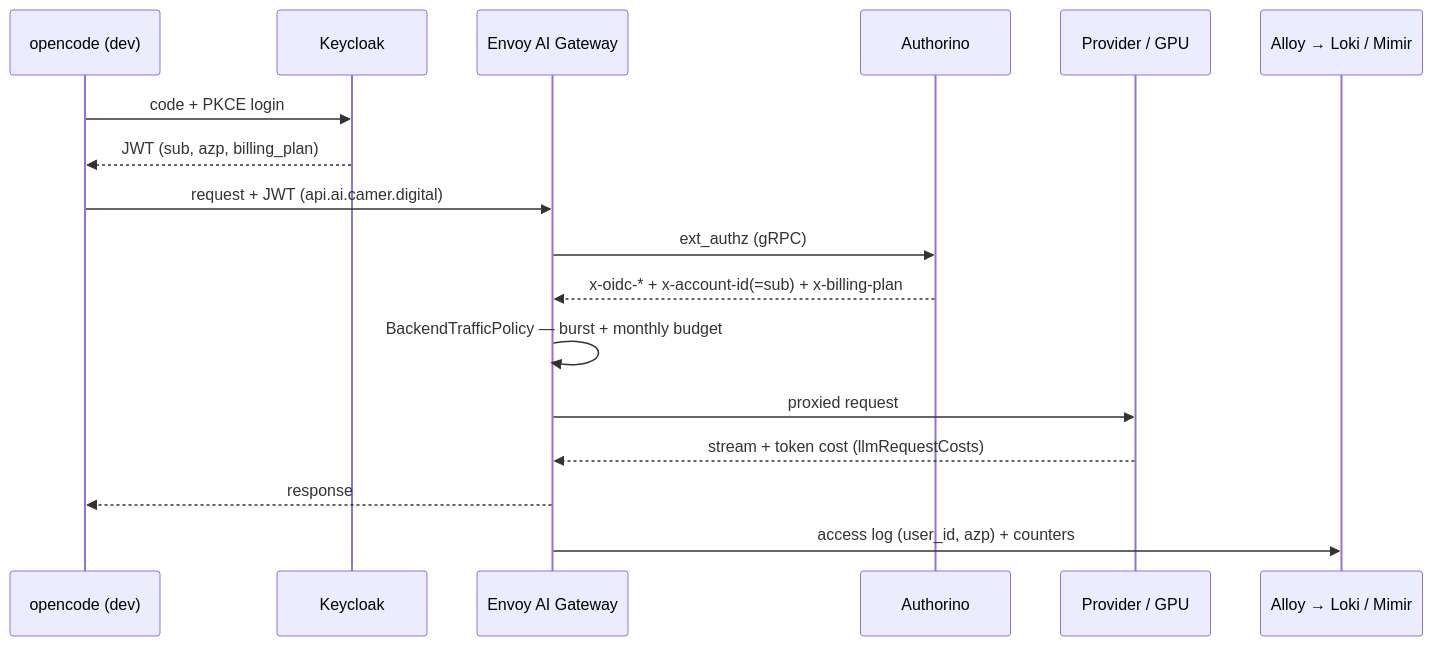
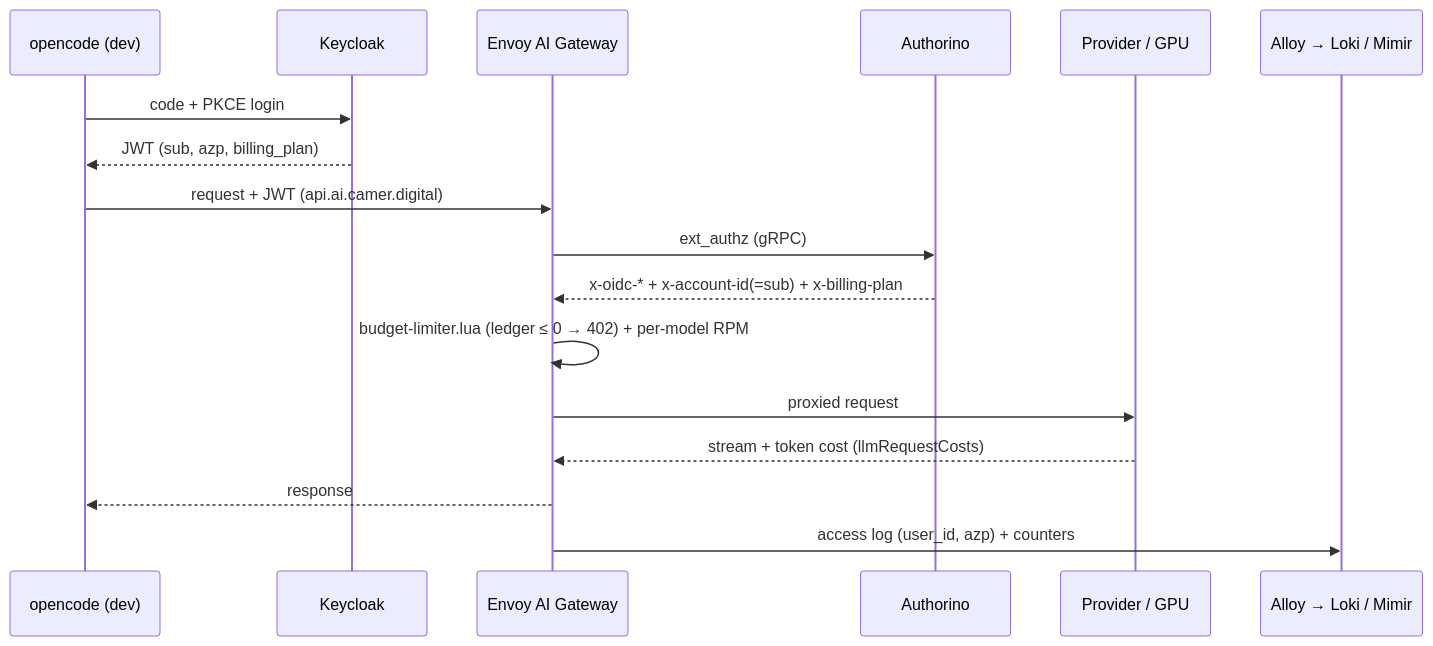
One commit to ADORSYS-GIS/ai-helm changed the fifth of 10 diagrams in docs/arc42.md. Above: the diagram before and after it, drawn with Mermaid. The commit also changed other lines of this file and 8 other files, not shown here.

````diff
--- a/docs/arc42.md
+++ b/docs/arc42.md
@@ -256,19 +256,19 @@
 ```mermaid
 sequenceDiagram
     participant C as opencode (dev)
     participant K as Keycloak
     participant G as Envoy AI Gateway
     participant A as Authorino
     participant P as Provider / GPU
     participant O as Alloy → Loki / Mimir
     C->>K: code + PKCE login
     K-->>C: JWT (sub, azp, billing_plan)
     C->>G: request + JWT (api.ai.camer.digital)
     G->>A: ext_authz (gRPC)
     A-->>G: x-oidc-* + x-account-id(=sub) + x-billing-plan
-    G->>G: BackendTrafficPolicy — burst + monthly budget
+    G->>G: budget-limiter.lua (ledger ≤ 0 → 402) + per-model RPM
     G->>P: proxied request
     P-->>G: stream + token cost (llmRequestCosts)
     G-->>C: response
     G->>O: access log (user_id, azp) + counters
 ```
````
